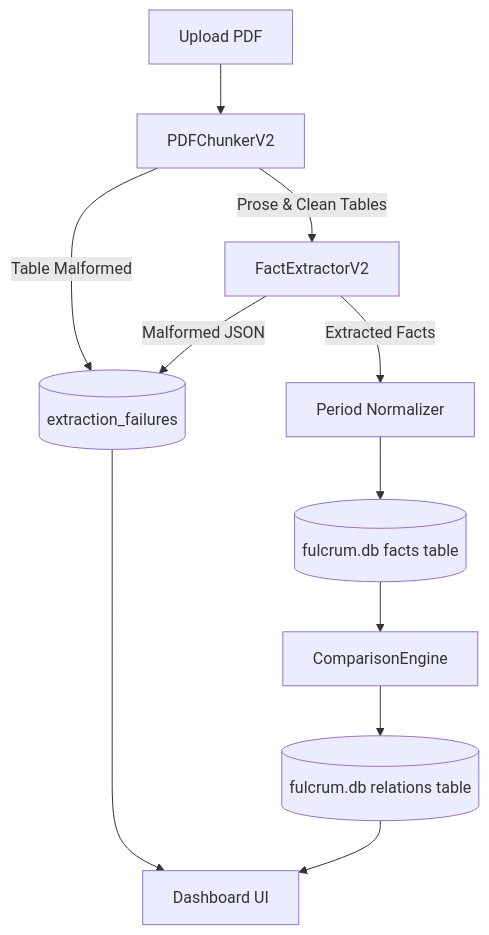
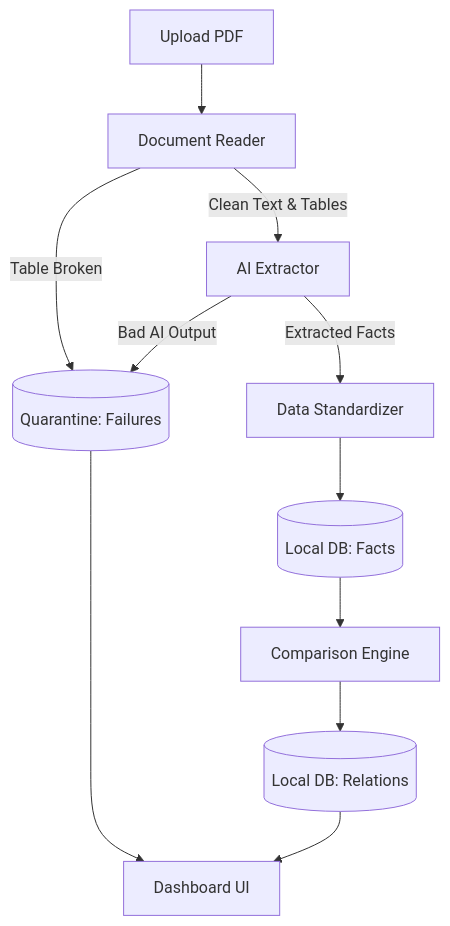
The diagram in README.md (Harshitmishra001/Fulcrum), drawn with Mermaid before and after one commit. The commit also changed other lines of this file and 6 other files, not shown here.

````diff
--- a/README.md
+++ b/README.md
@@ -6,13 +56,13 @@
 ```mermaid
 flowchart TD
-    A[Upload PDF] --> B[PDFChunkerV2]
-    B -->|Table Malformed| C[(extraction_failures)]
-    B -->|Prose & Clean Tables| D[FactExtractorV2]
-    D -->|Malformed JSON| C
-    D -->|Extracted Facts| E[Period Normalizer]
-    E --> F[(fulcrum.db facts table)]
-    F --> G[ComparisonEngine]
-    G --> H[(fulcrum.db relations table)]
+    A[Upload PDF] --> B[Document Reader]
+    B -->|Table Broken| C[(Quarantine: Failures)]
+    B -->|Clean Text & Tables| D[AI Extractor]
+    D -->|Bad AI Output| C
+    D -->|Extracted Facts| E[Data Standardizer]
+    E --> F[(Local DB: Facts)]
+    F --> G[Comparison Engine]
+    G --> H[(Local DB: Relations)]
     H --> I[Dashboard UI]
     C --> I
 ```
````
